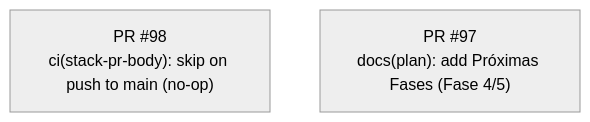
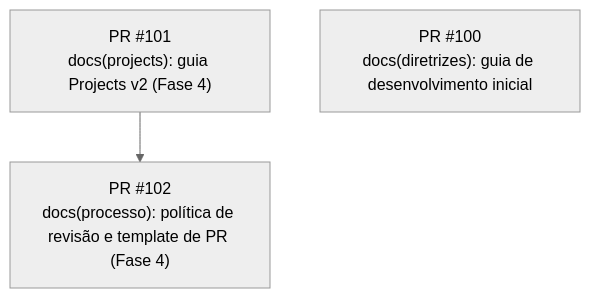
Before and after one commit to revton/car-fuel: the diagram in docs/stack-plan/STACK-PR-PLAN.md, drawn with Mermaid (neutral theme).

Commit message:
docs(stack): update Mermaid stack graph

````diff
--- a/docs/stack-plan/STACK-PR-PLAN.md
+++ b/docs/stack-plan/STACK-PR-PLAN.md
@@ -6,7 +6,10 @@
 ```mermaid
 flowchart TD
-  pr98["PR #98
-ci(stack-pr-body): skip on push to main (no-op)"]
-  pr97["PR #97
-docs(plan): add Próximas Fases (Fase 4/5)"]
+  pr102["PR #102
+docs(processo): política de revisão e template de PR (Fase 4)"]
+  pr101["PR #101
+docs(projects): guia Projects v2 (Fase 4)"]
+  pr100["PR #100
+docs(diretrizes): guia de desenvolvimento inicial"]
+  pr101 --> pr102
 ```
````
